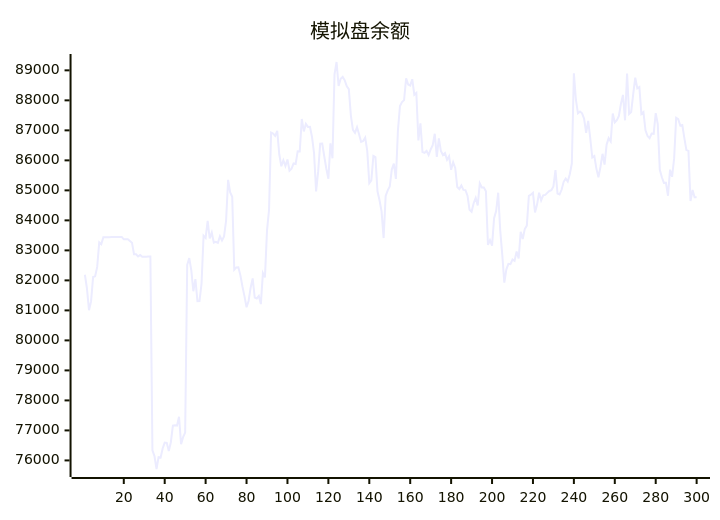
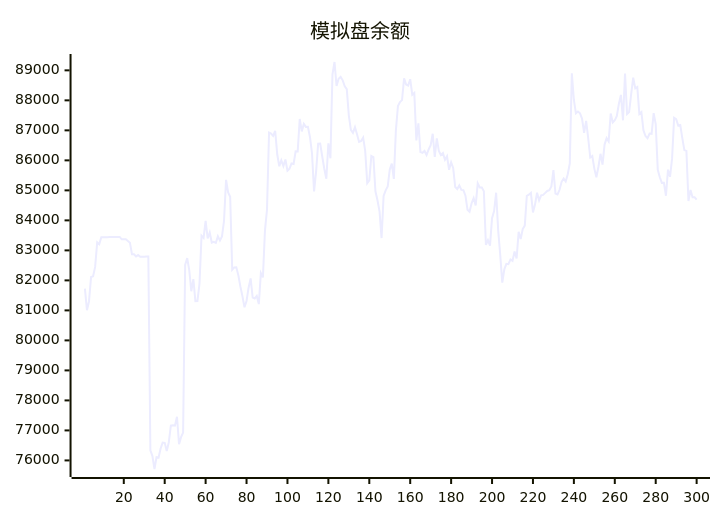
The diagram in README.md (aahl/ai-trading), drawn with Mermaid before and after one commit. The commit also changed other lines of this file and 1 other file, not shown here.

````diff
--- a/README.md
+++ b/README.md
@@ -5,5 +5,5 @@
 ```mermaid
 xychart
     title "模拟盘余额"
-    line [82188,81728,81005,81298,82110,82135,82449,83264,83203,83440,83439,83440,83440,83446,83447,83448,83447,83448,83449,83369,83369,83369,83313,83256,82872,82873,82801,82844,82785,82791,82791,82793,82794,76339,76145,75714,76110,76096,76397,76594,76585,76310,76607,77160,77170,77160,77456,76541,76774,76927,82520,82744,82337,81639,82040,81307,81314,81887,83490,83414,83984,83396,83594,83261,83287,83253,83470,83327,83465,83987,85348,84930,84786,82355,82433,82438,82167,81795,81466,81105,81315,81756,82064,81426,81398,81481,81210,82242,82099,83658,84359,86925,86892,86814,86980,86203,85802,86003,85811,86028,85657,85721,85896,85880,86300,86299,87378,86965,87214,87115,87118,86780,86238,84966,85623,86555,86562,86129,85722,85387,86569,86070,88870,89278,88477,88720,88781,88668,88467,88372,87493,87018,86917,87102,86870,86613,86644,86758,86317,85242,85334,86149,86106,84968,84671,84302,83410,84816,85001,85127,85693,85891,85384,87001,87811,87945,88007,88734,88528,88495,88705,88189,88248,86662,87234,86279,86251,86314,86177,86364,86503,86886,86114,86731,86310,86176,86240,86017,86136,85685,85938,85749,85111,85044,85164,85016,85008,84824,84354,84287,84572,84745,84500,85234,85096,85095,84970,83180,83338,83157,84070,84309,84922,83667,82850,81924,82369,82552,82539,82695,82648,82962,82728,83619,83378,83710,83825,84819,84854,84917,84265,84527,84919,84668,84834,84850,84916,84981,85004,85131,85674,84891,84864,85019,85284,85393,85294,85538,85894,88904,88012,87567,87625,87568,87386,86920,87313,86737,86094,86143,85725,85437,85787,86219,85859,86526,86740,86630,87563,87264,87335,87483,87886,88180,87335,88894,87544,87608,88207,88755,88401,88444,87543,87608,87000,86810,86740,86894,86884,87576,87209,85686,85435,85251,85255,84820,85689,85453,86066,87420,87373,87161,87178,86740,86341,86315,84643,85012,84772,84768]
+    line [81728,81005,81298,82110,82135,82449,83264,83203,83440,83439,83440,83440,83446,83447,83448,83447,83448,83449,83369,83369,83369,83313,83256,82872,82873,82801,82844,82785,82791,82791,82793,82794,76339,76145,75714,76110,76096,76397,76594,76585,76310,76607,77160,77170,77160,77456,76541,76774,76927,82520,82744,82337,81639,82040,81307,81314,81887,83490,83414,83984,83396,83594,83261,83287,83253,83470,83327,83465,83987,85348,84930,84786,82355,82433,82438,82167,81795,81466,81105,81315,81756,82064,81426,81398,81481,81210,82242,82099,83658,84359,86925,86892,86814,86980,86203,85802,86003,85811,86028,85657,85721,85896,85880,86300,86299,87378,86965,87214,87115,87118,86780,86238,84966,85623,86555,86562,86129,85722,85387,86569,86070,88870,89278,88477,88720,88781,88668,88467,88372,87493,87018,86917,87102,86870,86613,86644,86758,86317,85242,85334,86149,86106,84968,84671,84302,83410,84816,85001,85127,85693,85891,85384,87001,87811,87945,88007,88734,88528,88495,88705,88189,88248,86662,87234,86279,86251,86314,86177,86364,86503,86886,86114,86731,86310,86176,86240,86017,86136,85685,85938,85749,85111,85044,85164,85016,85008,84824,84354,84287,84572,84745,84500,85234,85096,85095,84970,83180,83338,83157,84070,84309,84922,83667,82850,81924,82369,82552,82539,82695,82648,82962,82728,83619,83378,83710,83825,84819,84854,84917,84265,84527,84919,84668,84834,84850,84916,84981,85004,85131,85674,84891,84864,85019,85284,85393,85294,85538,85894,88904,88012,87567,87625,87568,87386,86920,87313,86737,86094,86143,85725,85437,85787,86219,85859,86526,86740,86630,87563,87264,87335,87483,87886,88180,87335,88894,87544,87608,88207,88755,88401,88444,87543,87608,87000,86810,86740,86894,86884,87576,87209,85686,85435,85251,85255,84820,85689,85453,86066,87420,87373,87161,87178,86740,86341,86315,84643,85012,84772,84768,84690]
 ```
````
